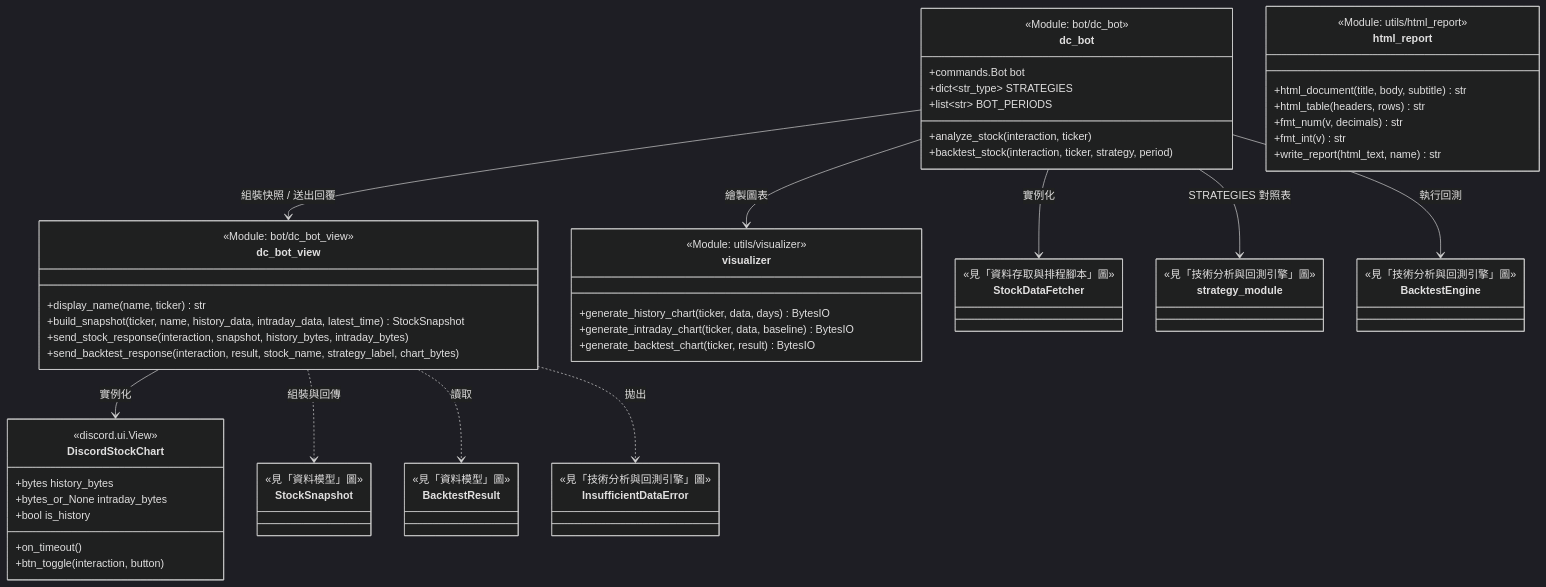
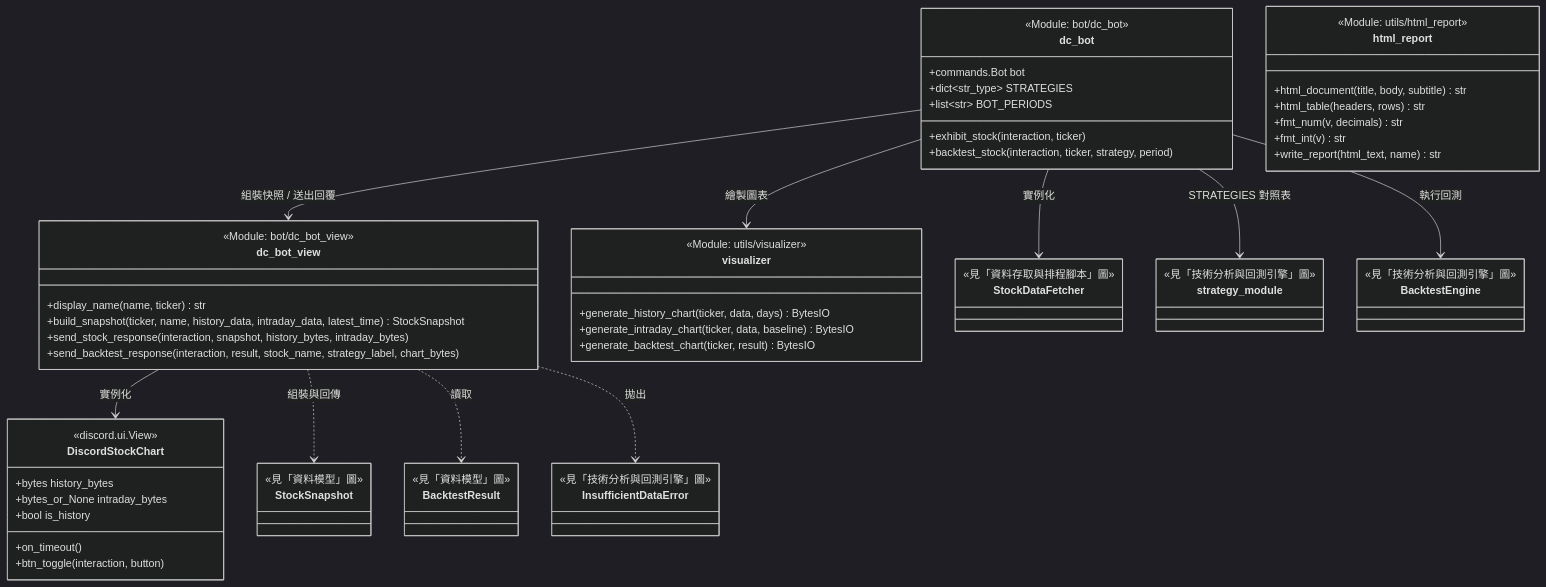
Before and after one commit to JialaChang/Discord-Stock-Bot: the fourth of 7 diagrams in docs/UML.md, drawn with Mermaid (dark theme). The commit also changed other lines of this file and 4 other files, not shown here.

````diff
--- a/docs/UML.md
+++ b/docs/UML.md
@@ -288,75 +288,75 @@
 ```mermaid
 classDiagram
     direction TB
 
     class dc_bot {
         <<Module: bot/dc_bot>>
         +commands.Bot bot
         +dict~str_type~ STRATEGIES
         +list~str~ BOT_PERIODS
-        +analyze_stock(interaction, ticker)
+        +exhibit_stock(interaction, ticker)
         +backtest_stock(interaction, ticker, strategy, period)
     }
 
     class dc_bot_view {
         <<Module: bot/dc_bot_view>>
         +display_name(name, ticker) str
         +build_snapshot(ticker, name, history_data, intraday_data, latest_time) StockSnapshot
         +send_stock_response(interaction, snapshot, history_bytes, intraday_bytes)
         +send_backtest_response(interaction, result, stock_name, strategy_label, chart_bytes)
     }
 
     class DiscordStockChart {
         <<discord.ui.View>>
         +bytes history_bytes
         +bytes_or_None intraday_bytes
         +bool is_history
         +on_timeout()
         +btn_toggle(interaction, button)
     }
 
     class visualizer {
         <<Module: utils/visualizer>>
         +generate_history_chart(ticker, data, days) BytesIO
         +generate_intraday_chart(ticker, data, baseline) BytesIO
         +generate_backtest_chart(ticker, result) BytesIO
     }
 
     class html_report {
         <<Module: utils/html_report>>
         +html_document(title, body, subtitle) str
         +html_table(headers, rows) str
         +fmt_num(v, decimals) str
         +fmt_int(v) str
         +write_report(html_text, name) str
     }
 
     class StockDataFetcher {
         <<見「資料存取與排程腳本」圖>>
     }
     class strategy_module {
         <<見「技術分析與回測引擎」圖>>
     }
     class BacktestEngine {
         <<見「技術分析與回測引擎」圖>>
     }
     class InsufficientDataError {
         <<見「技術分析與回測引擎」圖>>
     }
     class StockSnapshot {
         <<見「資料模型」圖>>
     }
     class BacktestResult {
         <<見「資料模型」圖>>
     }
 
     dc_bot --> StockDataFetcher : 實例化
     dc_bot --> visualizer : 繪製圖表
     dc_bot --> dc_bot_view : 組裝快照 / 送出回覆
     dc_bot --> BacktestEngine : 執行回測
     dc_bot --> strategy_module : STRATEGIES 對照表
     dc_bot_view --> DiscordStockChart : 實例化
     dc_bot_view ..> StockSnapshot : 組裝與回傳
     dc_bot_view ..> BacktestResult : 讀取
     dc_bot_view ..> InsufficientDataError : 拋出
 ```
````
